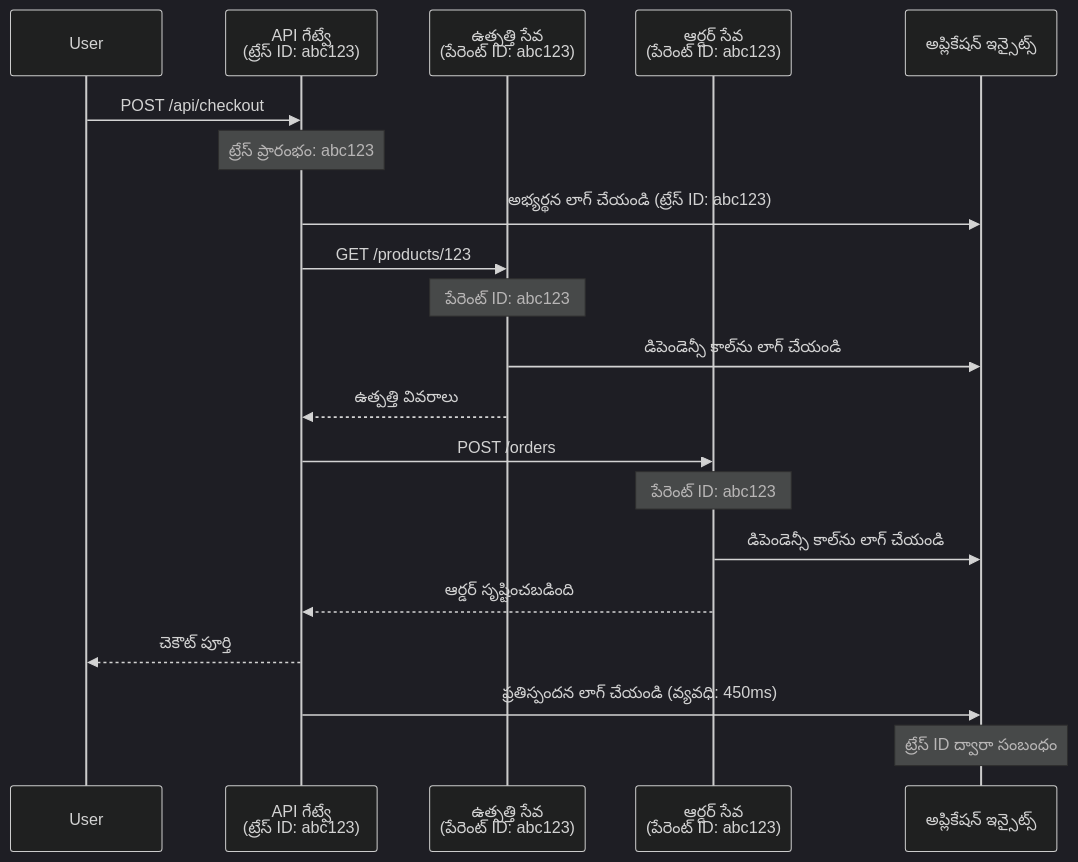
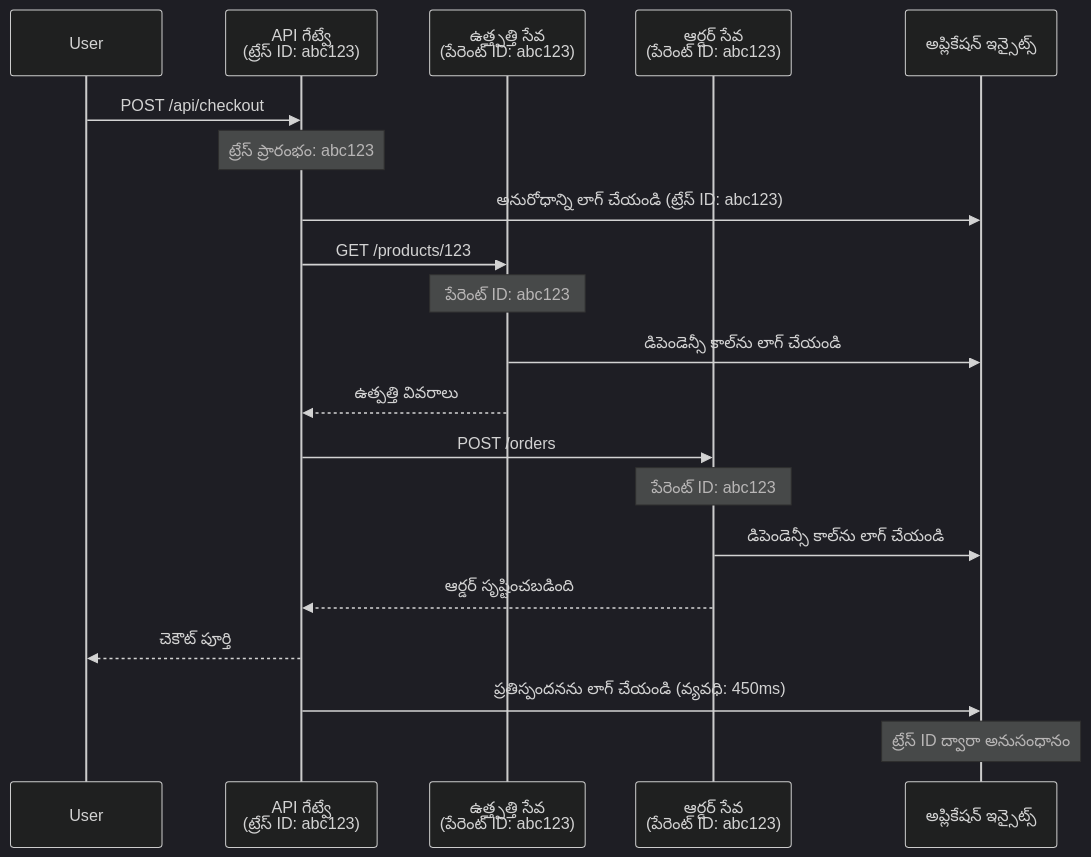
One commit to microsoft/AZD-for-beginners changed the second of 2 diagrams in translations/te/docs/chapter-06-pre-deployment/application-insights.md. Above: the diagram before and after it, drawn with Mermaid (dark theme). The commit also changed other lines of this file and 102 other files, not shown here.

````diff
--- a/translations/te/docs/chapter-06-pre-deployment/application-insights.md
+++ b/translations/te/docs/chapter-06-pre-deployment/application-insights.md
@@ -742,27 +744,27 @@
 ```mermaid
 sequenceDiagram
     participant User
     participant Gateway as API గేట్వే<br/>(ట్రేస్ ID: abc123)
-    participant Product as ఉత్పత్తి సేవ<br/>(పేరెంట్ ID: abc123)
+    participant Product as ఉత్త్పత్తి సేవ<br/>(పేరెంట్ ID: abc123)
     participant Order as ఆర్డర్ సేవ<br/>(పేరెంట్ ID: abc123)
     participant AppInsights as అప్లికేషన్ ఇన్సైట్స్
     
     User->>Gateway: POST /api/checkout
     Note over Gateway: ట్రేస్ ప్రారంభం: abc123
-    Gateway->>AppInsights: అభ్యర్థన లాగ్ చేయండి (ట్రేస్ ID: abc123)
+    Gateway->>AppInsights: అనురోధాన్ని లాగ్ చేయండి (ట్రేస్ ID: abc123)
     
     Gateway->>Product: GET /products/123
     Note over Product: పేరెంట్ ID: abc123
     Product->>AppInsights: డిపెండెన్సీ కాల్‌ను లాగ్ చేయండి
     Product-->>Gateway: ఉత్పత్తి వివరాలు
     
     Gateway->>Order: POST /orders
     Note over Order: పేరెంట్ ID: abc123
     Order->>AppInsights: డిపెండెన్సీ కాల్‌ను లాగ్ చేయండి
     Order-->>Gateway: ఆర్డర్ సృష్టించబడింది
     
     Gateway-->>User: చెకౌట్ పూర్తి
-    Gateway->>AppInsights: ప్రతిస్పందన లాగ్ చేయండి (వ్యవధి: 450ms)
+    Gateway->>AppInsights: ప్రతిస్పందనను లాగ్ చేయండి (వ్యవధి: 450ms)
     
-    Note over AppInsights: ట్రేస్ ID ద్వారా సంబంధం
+    Note over AppInsights: ట్రేస్ ID ద్వారా అనుసంధానం
 ```
````
